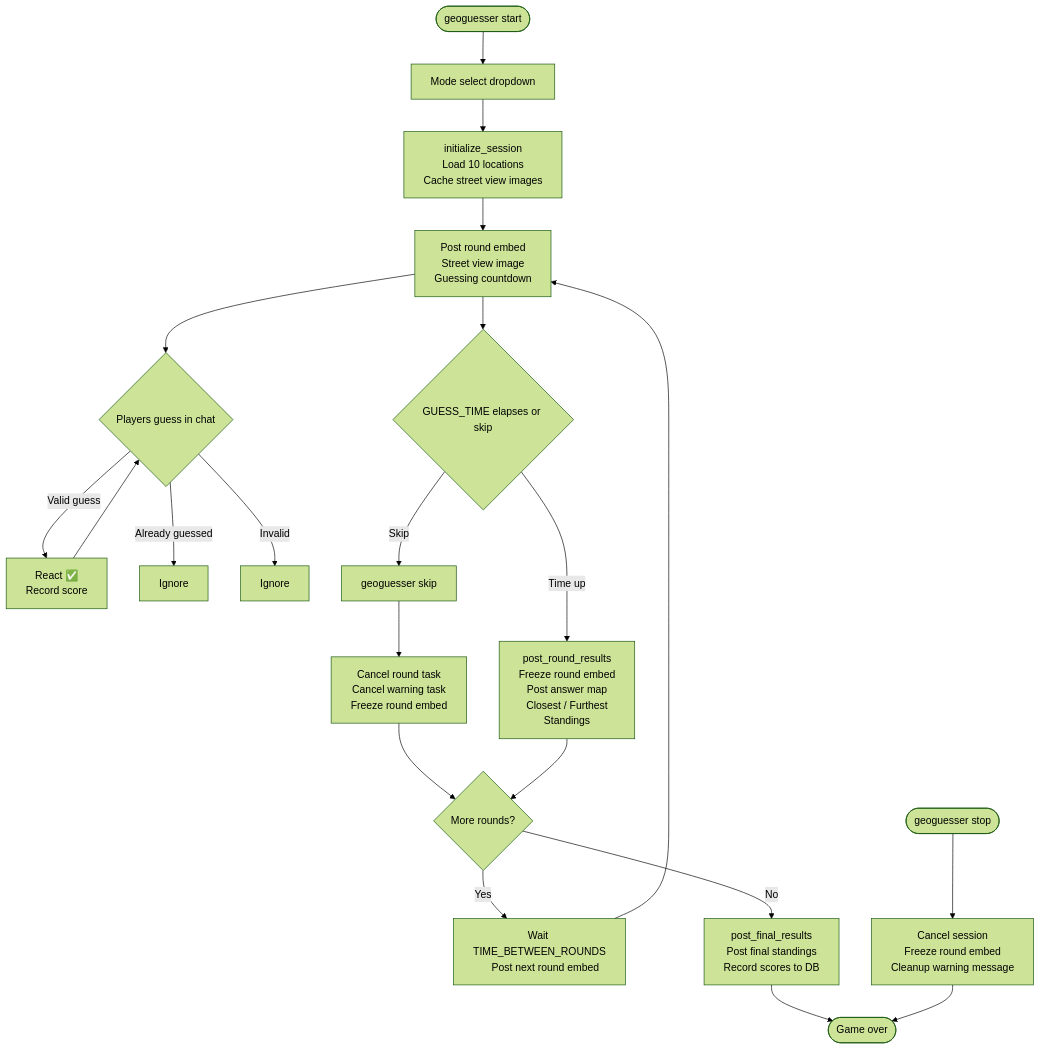
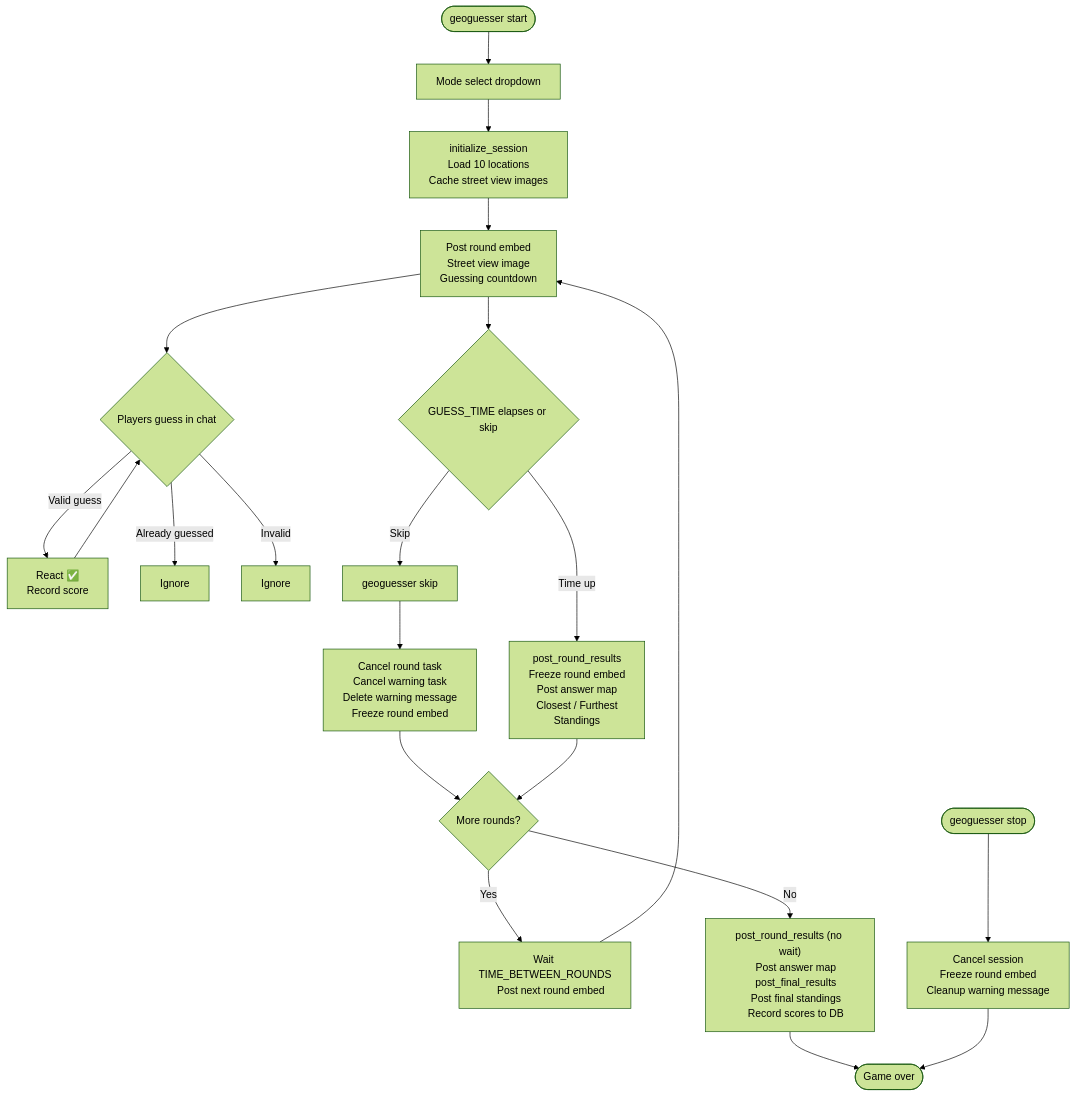
The diagram in app/cogs/geoguesser/README.md (NateShoffner/lanco-discord-bot), drawn with Mermaid (forest theme) before and after one commit. The commit also changed other lines of this file and 6 other files, not shown here.

First line of the commit message:
feat(geoguesser): overhaul scoring, populate flow, and round selection

````diff
--- a/app/cogs/geoguesser/README.md
+++ b/app/cogs/geoguesser/README.md
@@ -25,43 +25,46 @@
 ```mermaid
 flowchart TD
     A([geoguesser start]) --> B[Mode select dropdown]
     B --> C["initialize_session
     Load 10 locations
     Cache street view images"]
     C --> D["Post round embed
     Street view image
     Guessing countdown"]
     D --> E{Players guess in chat}
     E -->|Valid guess| F["React ✅
     Record score"]
     E -->|Already guessed| G[Ignore]
     E -->|Invalid| H[Ignore]
     F --> E
     D --> I{GUESS_TIME elapses or skip}
 
     I -->|Skip| J[geoguesser skip]
     J --> K["Cancel round task
     Cancel warning task
+    Delete warning message
     Freeze round embed"]
     K --> L{More rounds?}
 
     I -->|Time up| M["post_round_results
     Freeze round embed
     Post answer map
     Closest / Furthest
     Standings"]
     M --> L
 
     L -->|Yes| N["Wait TIME_BETWEEN_ROUNDS
     Post next round embed"]
     N --> D
-    L -->|No| O["post_final_results
+    L -->|No| O["post_round_results (no wait)
+    Post answer map
+    post_final_results
     Post final standings
     Record scores to DB"]
     O --> P([Game over])
 
     A2([geoguesser stop]) --> Q["Cancel session
     Freeze round embed
     Cleanup warning message"]
     Q --> P
 ```
````
